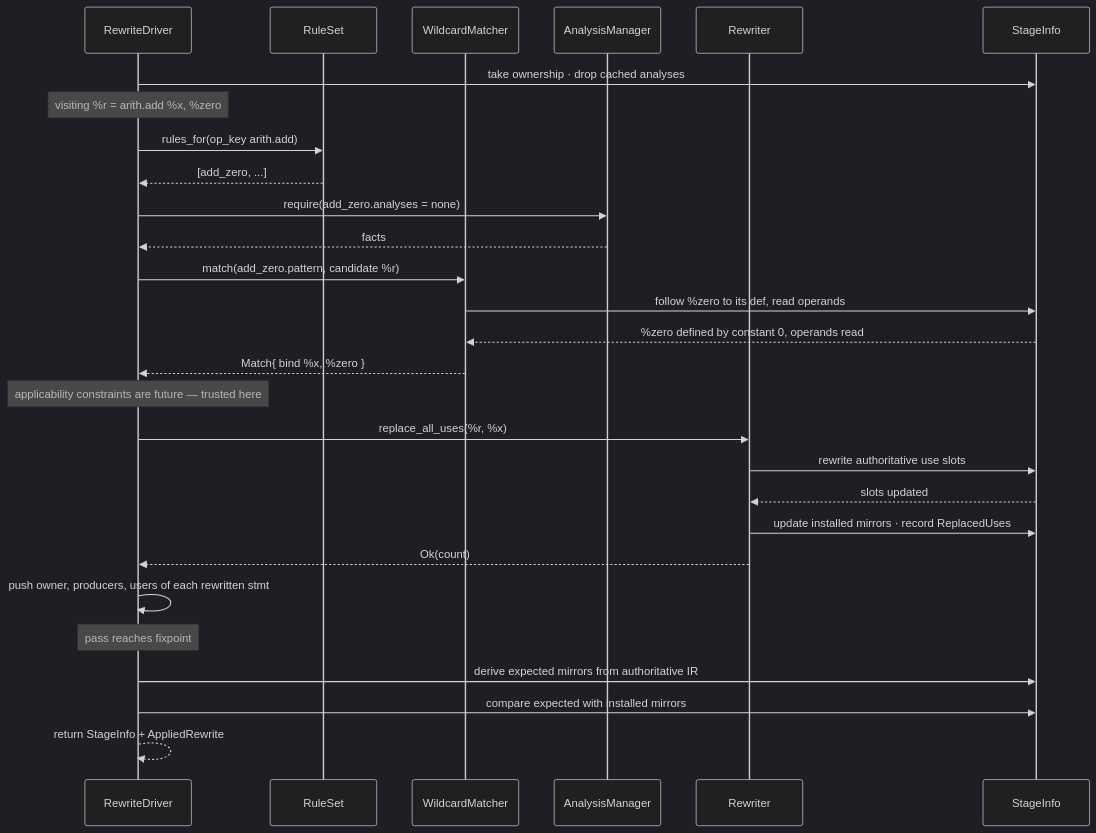
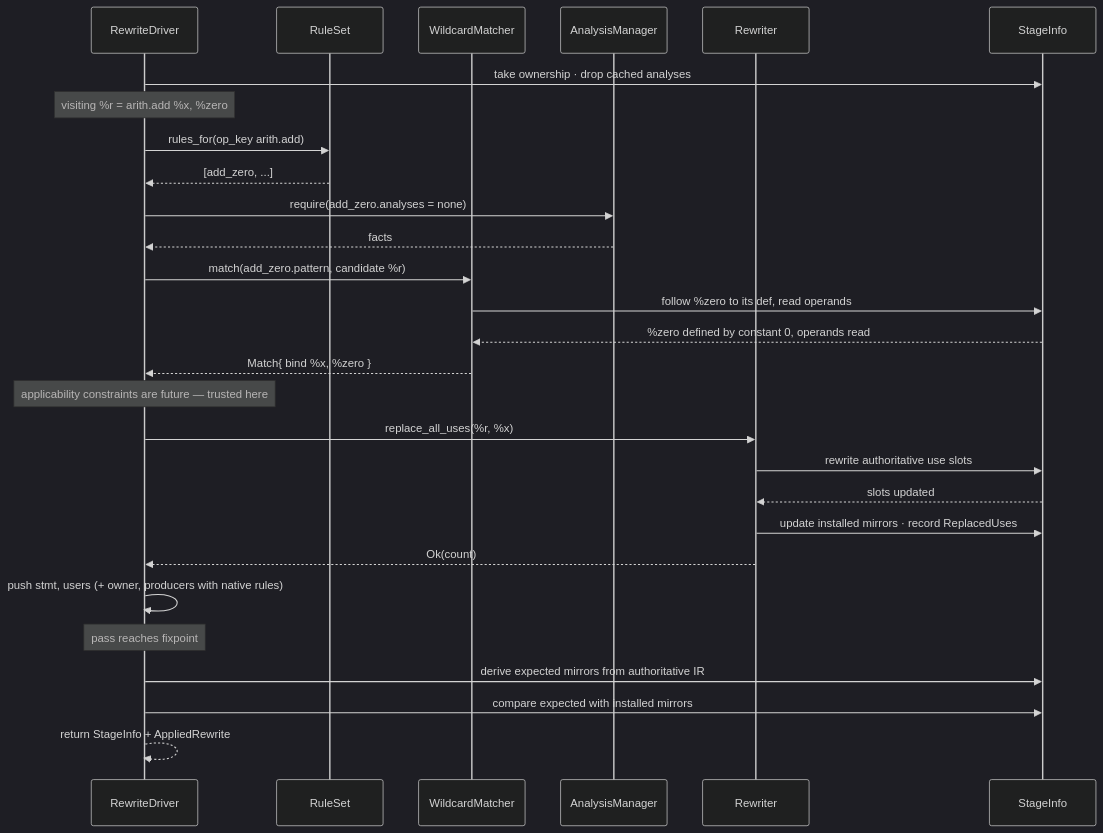
The third of 3 diagrams in docs/design/rewrite-engine.md (QuEraComputing/kirin), drawn with Mermaid (dark theme) before and after one commit. The commit also changed other lines of this file and 7 other files, not shown here.

````diff
--- a/docs/design/rewrite-engine.md
+++ b/docs/design/rewrite-engine.md
@@ -211,30 +211,30 @@
 ```mermaid
 sequenceDiagram
   participant D as RewriteDriver
   participant RS as RuleSet
   participant M as WildcardMatcher
   participant AM as AnalysisManager
   participant RW as Rewriter
   participant IR as StageInfo
   D->>IR: take ownership · drop cached analyses
   Note over D: visiting %r = arith.add %x, %zero
   D->>RS: rules_for(op_key arith.add)
   RS-->>D: [add_zero, ...]
   D->>AM: require(add_zero.analyses = none)
   AM-->>D: facts
   D->>M: match(add_zero.pattern, candidate %r)
   M->>IR: follow %zero to its def, read operands
   IR-->>M: %zero defined by constant 0, operands read
   M-->>D: Match{ bind %x, %zero }
   Note over D: applicability constraints are future — trusted here
   D->>RW: replace_all_uses(%r, %x)
   RW->>IR: rewrite authoritative use slots
   IR-->>RW: slots updated
   RW->>IR: update installed mirrors · record ReplacedUses
   RW-->>D: Ok(count)
-  D->>D: push owner, producers, users of each rewritten stmt
+  D->>D: push stmt, users (+ owner, producers with native rules)
   Note over D: pass reaches fixpoint
   D->>IR: derive expected mirrors from authoritative IR
   D->>IR: compare expected with installed mirrors
   D-->>D: return StageInfo + AppliedRewrite
 ```
````
